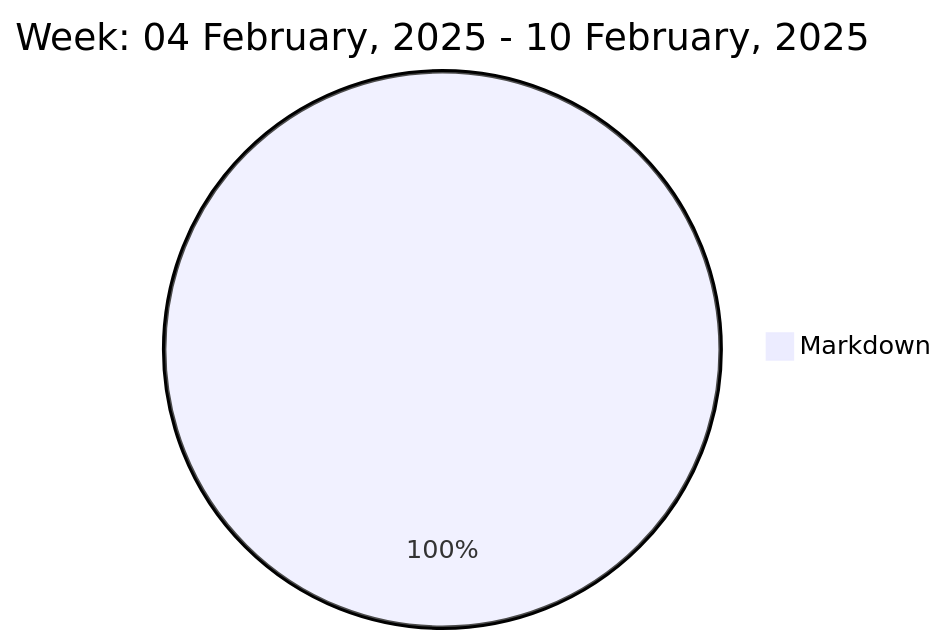
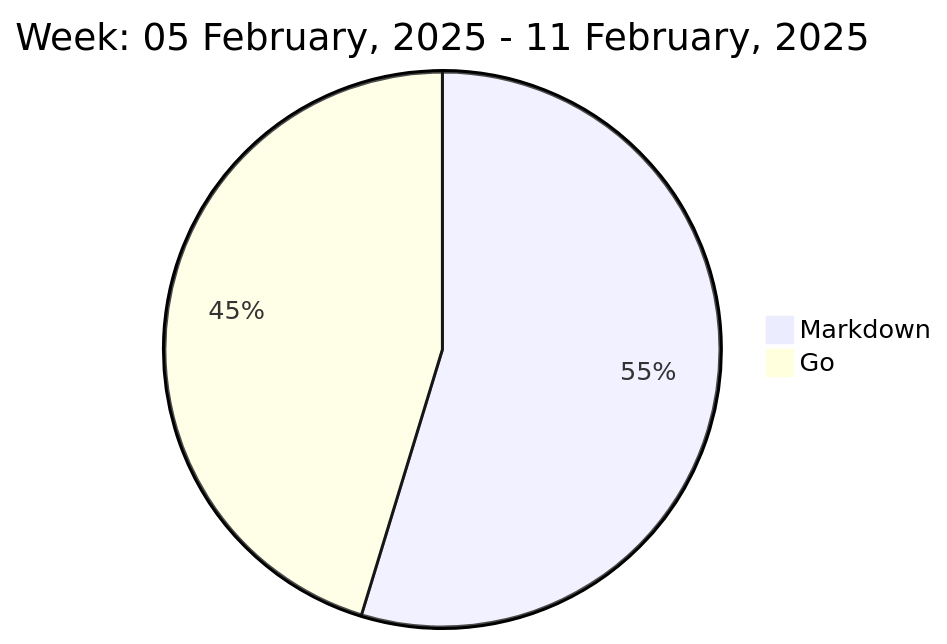
The diagram in README.md (liubin95/liubin95), drawn with Mermaid before and after one commit.

Commit message:
Updated the Graph with new Metrics

````diff
--- a/README.md
+++ b/README.md
@@ -37,5 +37,6 @@
 ```mermaid
  pie
-title Week: 04 February, 2025 - 10 February, 2025
+title Week: 05 February, 2025 - 11 February, 2025
  "Markdown" : 3.02
+ "Go" : 2.5
 ```
````
